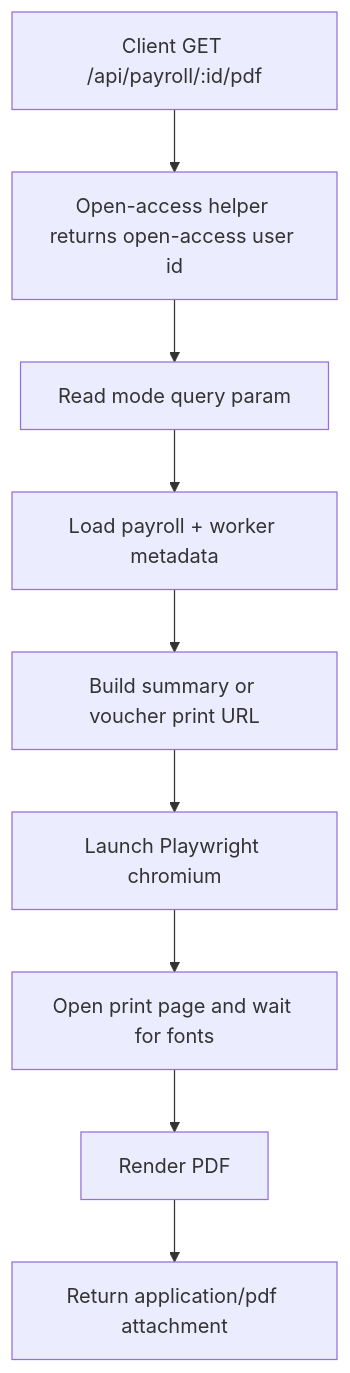
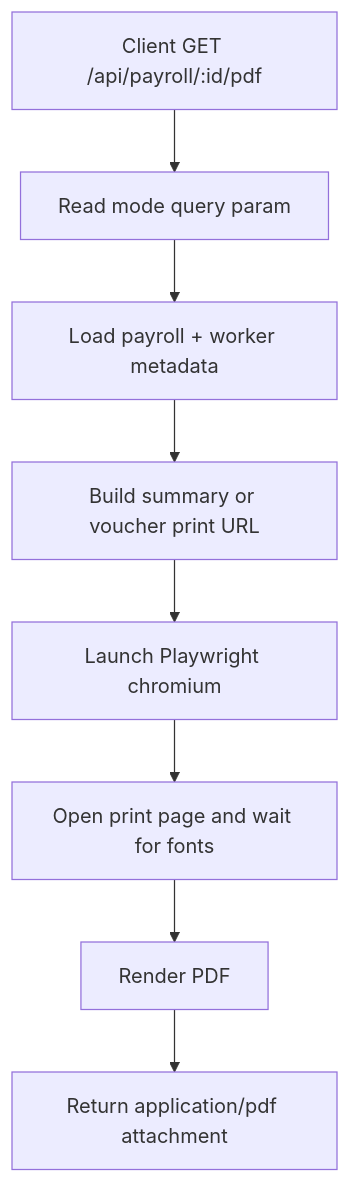
One commit to daniellim922/One-Laundry-Project-Alpha-v1 changed the second of 5 diagrams in .codex/docs/api-workflows.md. Above: the diagram before and after it, drawn with Mermaid. The commit also changed other lines of this file and 4 other files, not shown here.

````diff
--- a/.codex/docs/api-workflows.md
+++ b/.codex/docs/api-workflows.md
@@ -44,11 +42,10 @@
 ```mermaid
 flowchart TD
-    A[Client GET /api/payroll/:id/pdf] --> B[Open-access helper returns open-access user id]
-    B --> C[Read mode query param]
+    A[Client GET /api/payroll/:id/pdf] --> C[Read mode query param]
     C --> D[Load payroll + worker metadata]
     D --> E[Build summary or voucher print URL]
     E --> F[Launch Playwright chromium]
     F --> G[Open print page and wait for fonts]
     G --> H[Render PDF]
     H --> I[Return application/pdf attachment]
 ```
````
